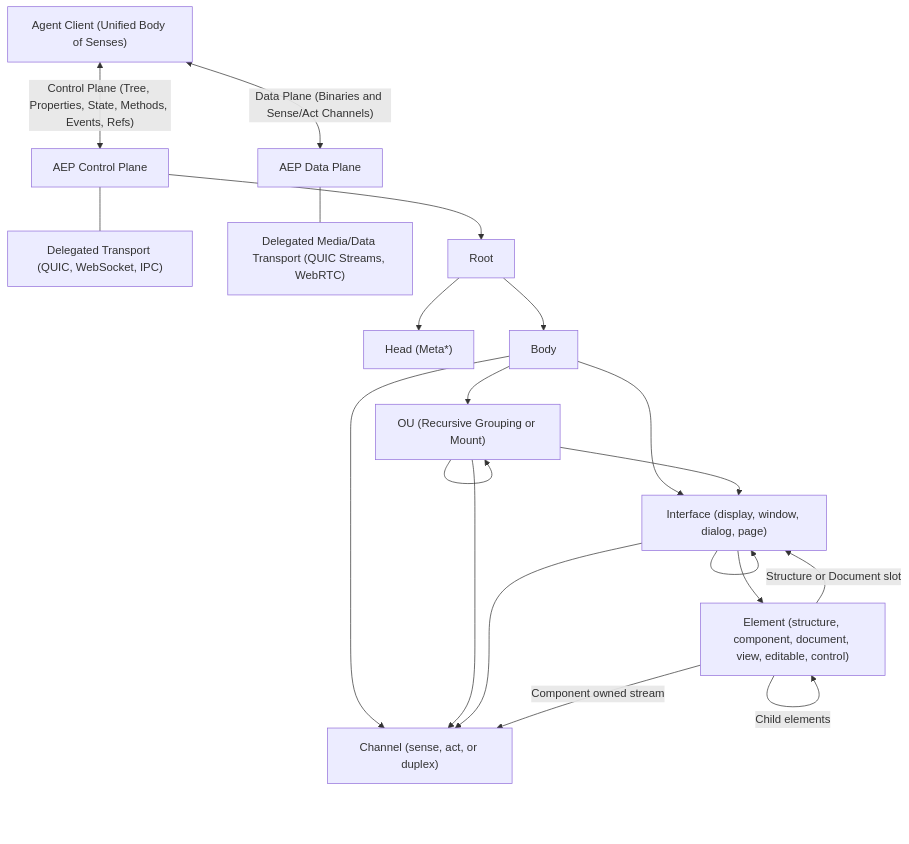
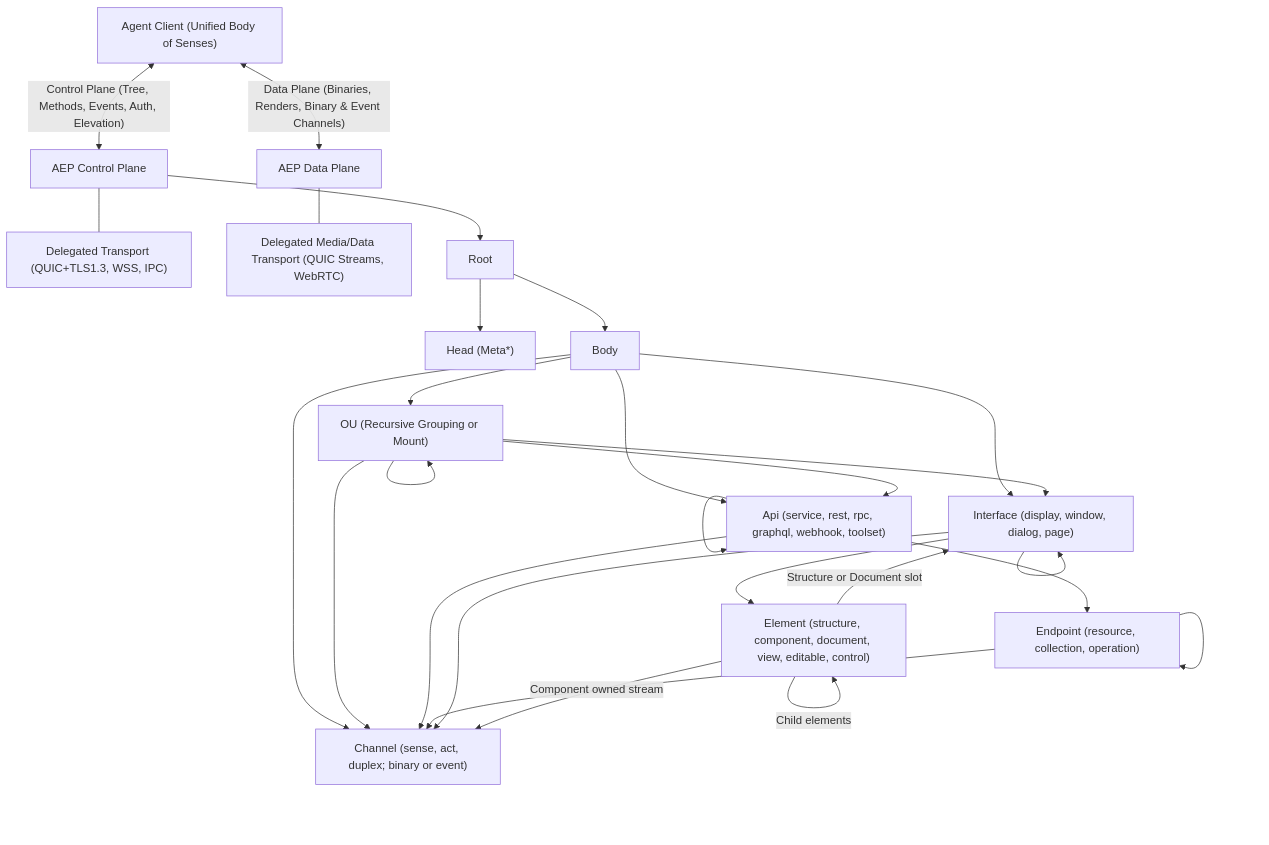
One commit to AgentEnvironmentProtocol/agent-environment-protocol changed the diagram in spec/00-overview.md. Above: the diagram before and after it, drawn with Mermaid. The commit also changed other lines of this file and 10 other files, not shown here.

Commit message:
Add security/elevation, configuration manifests, Api/Endpoint, event channels, distributed passthrough, and IAM boundary

````diff
--- a/spec/00-overview.md
+++ b/spec/00-overview.md
@@ -82,24 +97,31 @@
 ```mermaid
 flowchart TD
-    Agent["Agent Client (Unified Body of Senses)"] <-->|"Control Plane (Tree, Properties, State, Methods, Events, Refs)"| CP["AEP Control Plane"]
-    Agent <-->|"Data Plane (Binaries and Sense/Act Channels)"| DP["AEP Data Plane"]
+    Agent["Agent Client (Unified Body of Senses)"] <-->|"Control Plane (Tree, Methods, Events, Auth, Elevation)"| CP["AEP Control Plane"]
+    Agent <-->|"Data Plane (Binaries, Renders, Binary & Event Channels)"| DP["AEP Data Plane"]
 
-    CP --- Transport["Delegated Transport (QUIC, WebSocket, IPC)"]
+    CP --- Transport["Delegated Transport (QUIC+TLS1.3, WSS, IPC)"]
     DP --- MediaTransport["Delegated Media/Data Transport (QUIC Streams, WebRTC)"]
 
     CP --> Root["Root"]
     Root --> Head["Head (Meta*)"]
     Root --> Body["Body"]
     Body --> OU["OU (Recursive Grouping or Mount)"]
     Body --> Iface["Interface (display, window, dialog, page)"]
-    Body --> Chan["Channel (sense, act, or duplex)"]
+    Body --> Api["Api (service, rest, rpc, graphql, webhook, toolset)"]
+    Body --> Chan["Channel (sense, act, duplex; binary or event)"]
     OU --> OU
     OU --> Iface
+    OU --> Api
     OU --> Chan
+    Api --> Endpoint["Endpoint (resource, collection, operation)"]
+    Api --> Api
+    Api --> Chan
+    Endpoint --> Endpoint
+    Endpoint --> Chan
     Iface --> Elem["Element (structure, component, document, view, editable, control)"]
     Iface --> Iface
     Iface --> Chan
     Elem -->|"Structure or Document slot"| Iface
     Elem -->|"Component owned stream"| Chan
     Elem -->|"Child elements"| Elem
 ```
````
